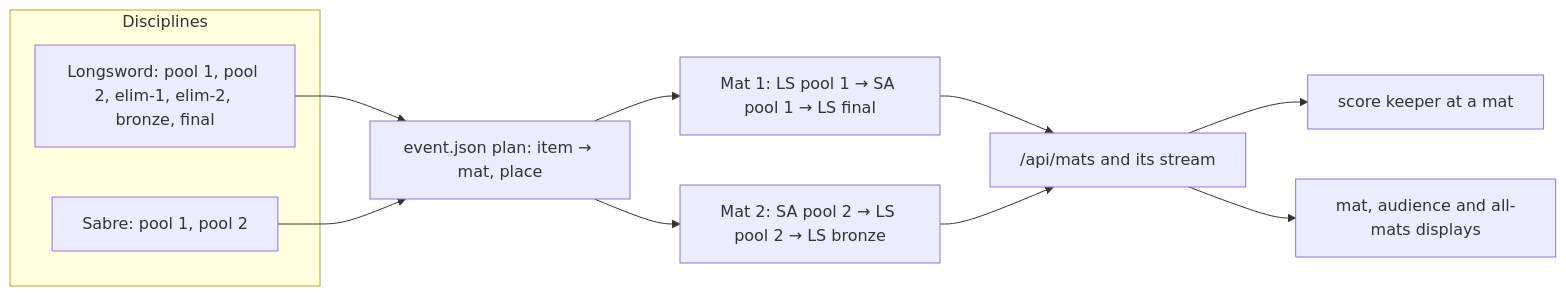
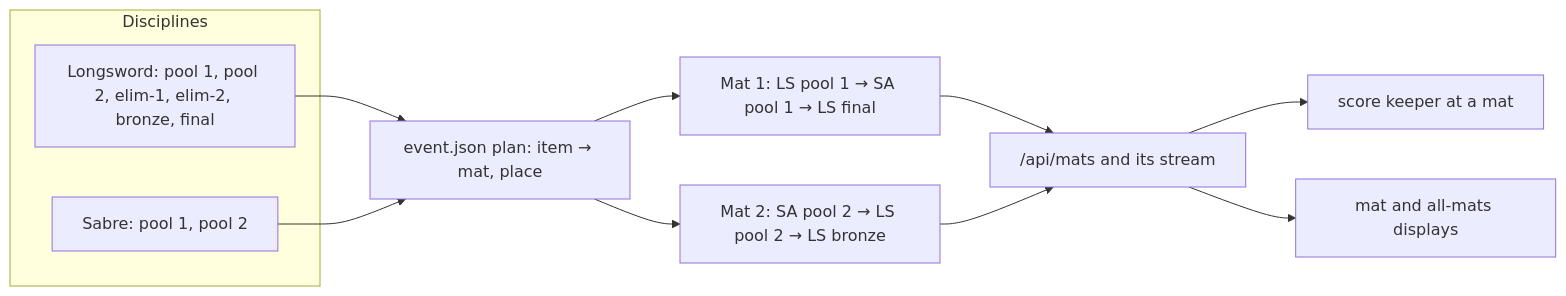
The third of 14 diagrams in docs/architecture.md (fylke/porta-di-ferro), drawn with Mermaid before and after one commit. The commit also changed other lines of this file and 20 other files, not shown here.

First line of the commit message:
Mat screens show what comes next as the organizer chooses; the audience view goes

````diff
--- a/docs/architecture.md
+++ b/docs/architecture.md
@@ -92,16 +92,16 @@
 ```mermaid
 flowchart LR
     subgraph Disciplines
         LS["Longsword: pool 1, pool 2, elim-1, elim-2, bronze, final"]
         SA["Sabre: pool 1, pool 2"]
     end
     Plan["event.json plan: item → mat, place"]
     LS --> Plan
     SA --> Plan
     Plan --> M1["Mat 1: LS pool 1 → SA pool 1 → LS final"]
     Plan --> M2["Mat 2: SA pool 2 → LS pool 2 → LS bronze"]
     M1 --> Feed["/api/mats and its stream"]
     M2 --> Feed
     Feed --> SK["score keeper at a mat"]
-    Feed --> D["mat, audience and all-mats displays"]
+    Feed --> D["mat and all-mats displays"]
 ```
````
